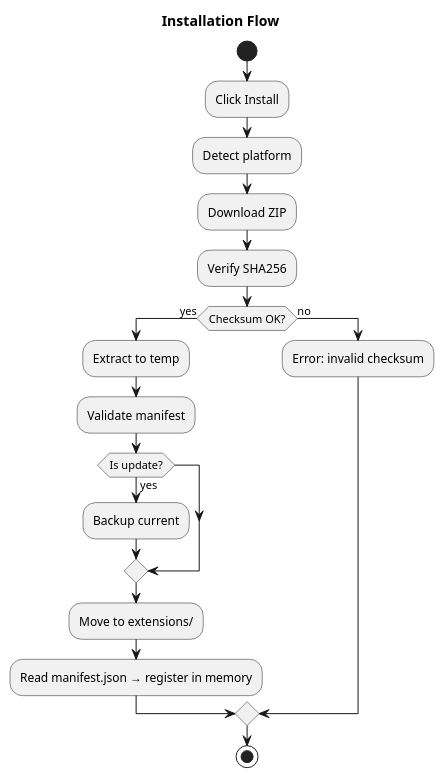
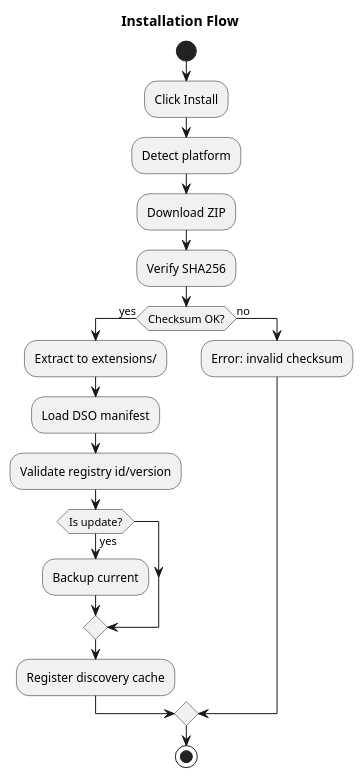
One commit to PlotJuggler/plotjuggler_sdk changed the second of 4 diagrams in pj_marketplace/documentation/ARCHITECTURE.md. Above: the diagram before and after it, drawn with PlantUML. The commit also changed other lines of this file and 54 other files, not shown here.

````diff
--- a/pj_marketplace/documentation/ARCHITECTURE.md
+++ b/pj_marketplace/documentation/ARCHITECTURE.md
@@ -224,24 +216,24 @@
 ```plantuml
 @startuml
 skinparam backgroundColor white
 title Installation Flow
 
 start
 :Click Install;
 :Detect platform;
 :Download ZIP;
 :Verify SHA256;
 if (Checksum OK?) then (yes)
-  :Extract to temp;
-  :Validate manifest;
+  :Extract to extensions/;
+  :Load DSO manifest;
+  :Validate registry id/version;
   if (Is update?) then (yes)
     :Backup current;
   endif
-  :Move to extensions/;
-  :Read manifest.json → register in memory;
+  :Register discovery cache;
 else (no)
   :Error: invalid checksum;
 endif
 stop
 @enduml
 ```
````
